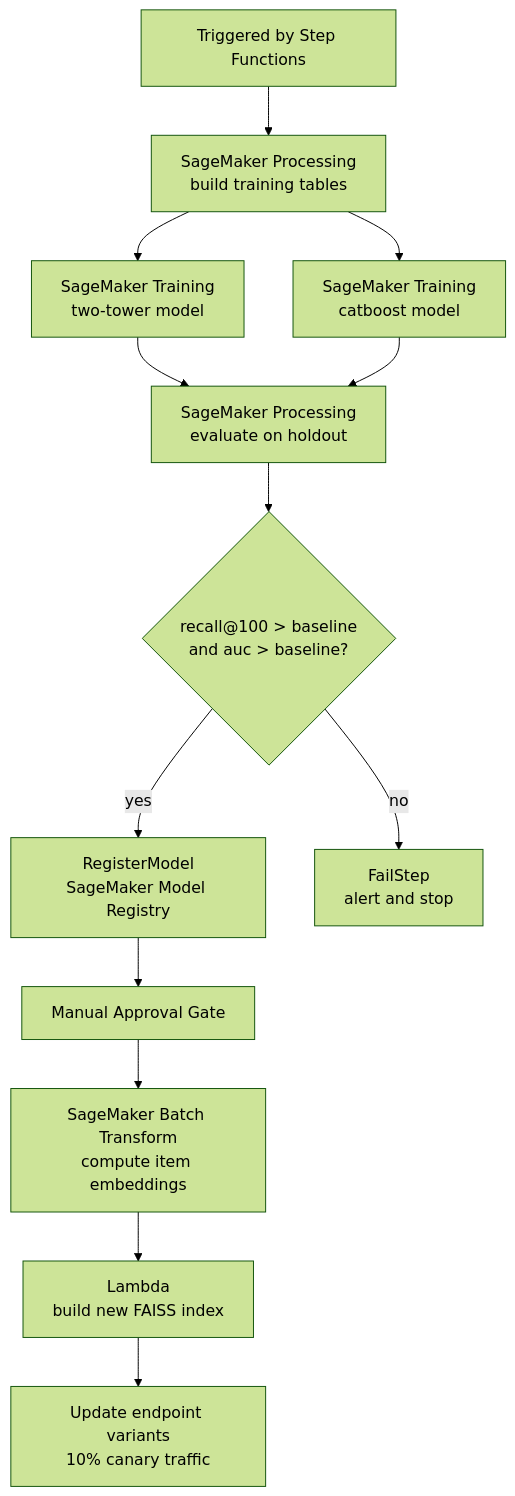
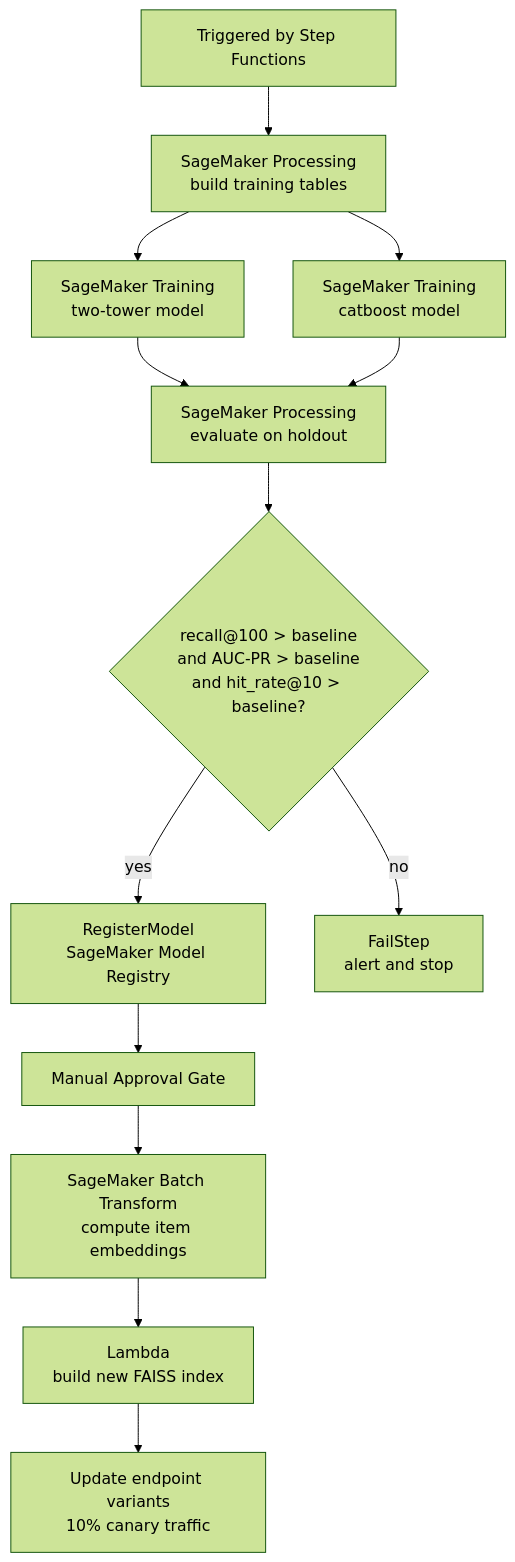
The sixth of 8 diagrams in docs/system-design/v1/v1-hld.md (rahulvansh66/fashion-recommendation-system), drawn with Mermaid (forest theme) before and after one commit. The commit also changed other lines of this file and 92 other files, not shown here.

````diff
--- a/docs/system-design/v1/v1-hld.md
+++ b/docs/system-design/v1/v1-hld.md
@@ -618,23 +640,23 @@
 ```mermaid
 flowchart TB
     pipelineStart[Triggered by Step Functions]
     train1[SageMaker Processing\nbuild training tables]
     train2[SageMaker Training\ntwo-tower model]
     train3[SageMaker Training\ncatboost model]
     eval[SageMaker Processing\nevaluate on holdout]
-    cond{"recall@100 > baseline\nand auc > baseline?"}
+    cond{"recall@100 > baseline\nand AUC-PR > baseline\nand hit_rate@10 > baseline?"}
     register[RegisterModel\nSageMaker Model Registry]
     approval[Manual Approval Gate]
     embed[SageMaker Batch Transform\ncompute item embeddings]
     indexLambda[Lambda\nbuild new FAISS index]
     canary[Update endpoint variants\n10% canary traffic]
     fail[FailStep\nalert and stop]
 
     pipelineStart --> train1 --> train2
     train1 --> train3
     train2 --> eval
     train3 --> eval
     eval --> cond
     cond -->|yes| register --> approval --> embed --> indexLambda --> canary
     cond -->|no| fail
 ```
````
